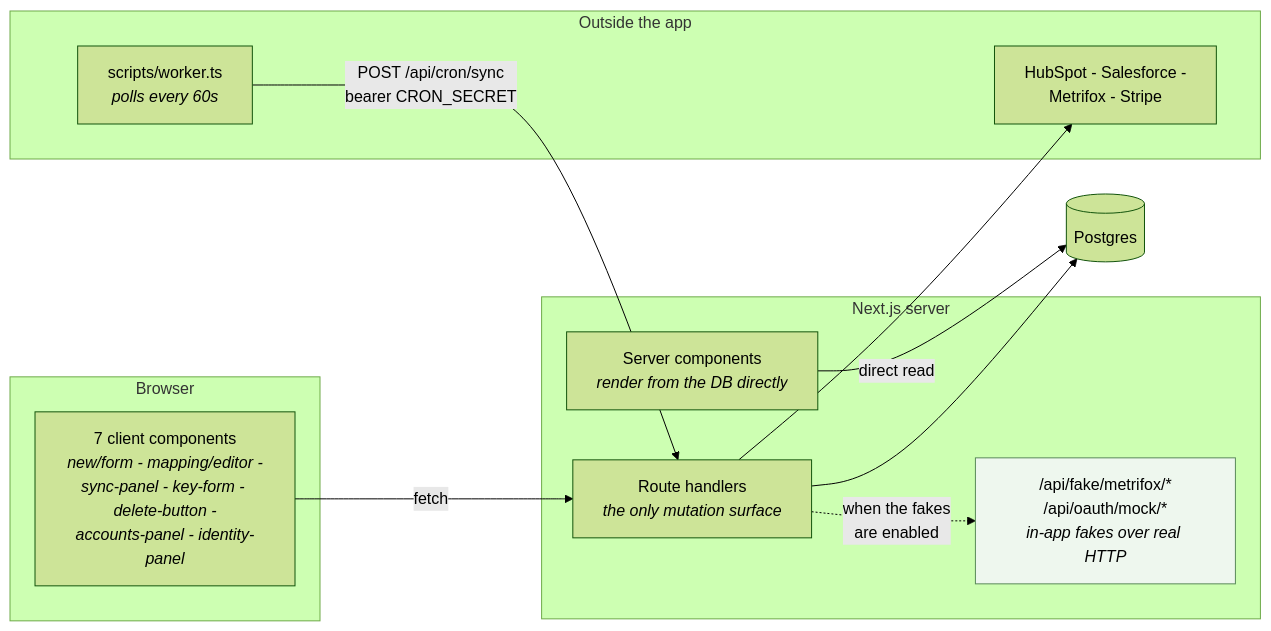
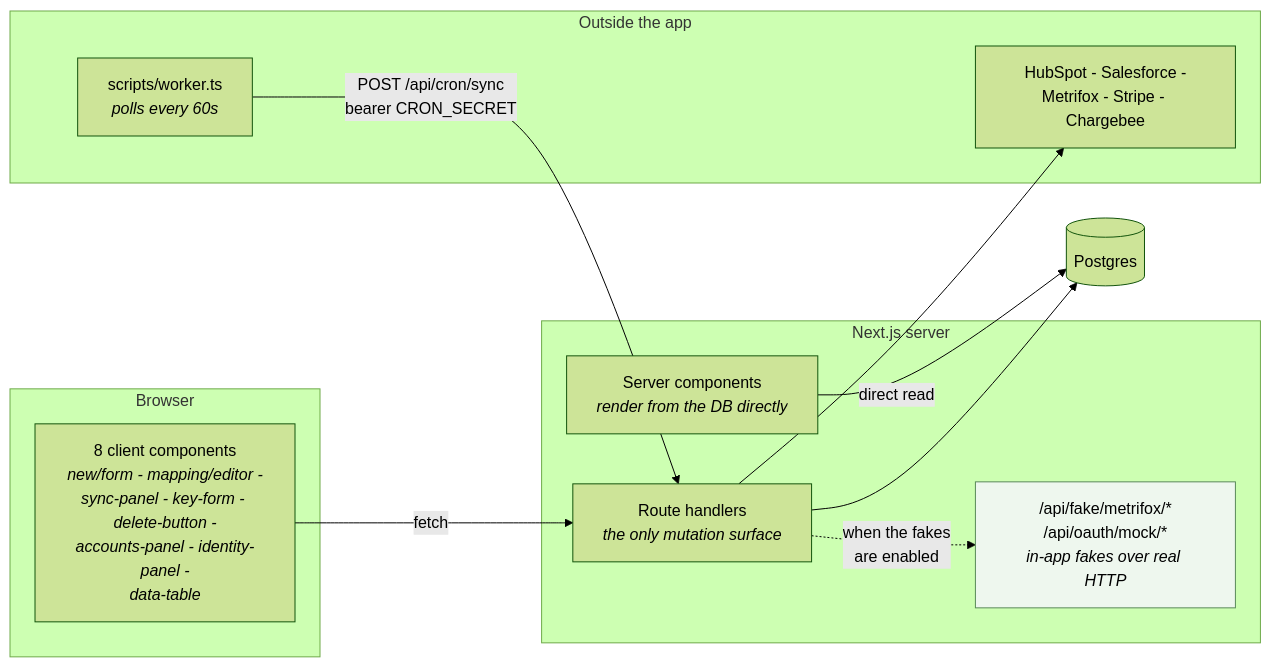
One commit to ajibade-ibrahim/Integration-Demo changed the ninth of 9 diagrams in docs/architecture.md. Above: the diagram before and after it, drawn with Mermaid (forest theme). The commit also changed other lines of this file and 4 other files, not shown here.

````diff
--- a/docs/architecture.md
+++ b/docs/architecture.md
@@ -647,26 +676,26 @@
 ```mermaid
 flowchart LR
     subgraph browser["Browser"]
-        CC["7 client components<br/><i>new/form - mapping/editor -<br/>sync-panel - key-form - delete-button -<br/>accounts-panel - identity-panel</i>"]
+        CC["8 client components<br/><i>new/form - mapping/editor -<br/>sync-panel - key-form - delete-button -<br/>accounts-panel - identity-panel -<br/>data-table</i>"]
     end
 
     subgraph server["Next.js server"]
         RSC["Server components<br/><i>render from the DB directly</i>"]
         RH["Route handlers<br/><i>the only mutation surface</i>"]
         FAKE["/api/fake/metrifox/*<br/>/api/oauth/mock/*<br/><i>in-app fakes over real HTTP</i>"]
     end
 
     subgraph outside["Outside the app"]
         W["scripts/worker.ts<br/><i>polls every 60s</i>"]
-        EXT["HubSpot - Salesforce -<br/>Metrifox - Stripe"]
+        EXT["HubSpot - Salesforce -<br/>Metrifox - Stripe - Chargebee"]
     end
 
     CC -->|fetch| RH
     RSC -->|direct read| DB[("Postgres")]
     RH --> DB
     RH --> EXT
     W -->|"POST /api/cron/sync<br/>bearer CRON_SECRET"| RH
     RH -.->|"when the fakes<br/>are enabled"| FAKE
 
     style FAKE fill:#eef7ee,stroke:#5a8a5a
 ```
````
